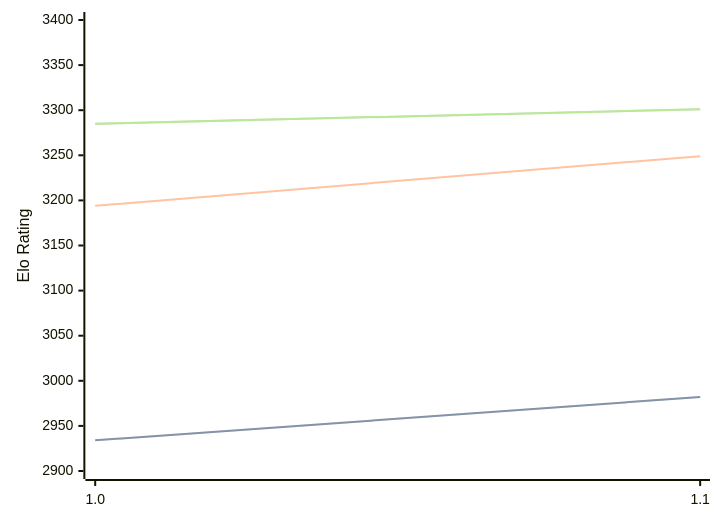
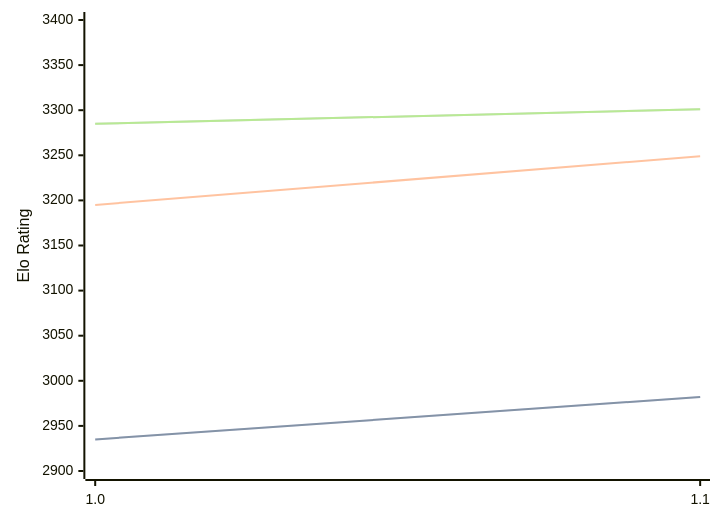
Before and after one commit to computer-chess-index/cci: the diagram in engines/RodentV.md, drawn with Mermaid. The commit also changed other lines of this file, not shown here.

````diff
--- a/engines/RodentV.md
+++ b/engines/RodentV.md
@@ -33,11 +33,11 @@
 ```mermaid
 %%{init: {"theme":"base","themeVariables":{"seriesColors:['#a3a3a3','#222221','#faa371']}}}%%
 xychart-beta
   x-axis ["1.0", "1.1"]
   y-axis "Elo Rating" 2900 --> 3400
-  line "" [2934, 2982]
-  line "STC (8.0+0.08s)" [2934, 2982]
-  line "LTC (60.0+0.60s)" [3194, 3249]
+  line "" [2935, 2982]
+  line "STC (8.0+0.08s)" [2935, 2982]
+  line "LTC (60.0+0.60s)" [3195, 3249]
   line "" [3285, 3301]
   line "VLTC (2m24s+1.12s)" [3285, 3301]
 ```
````
